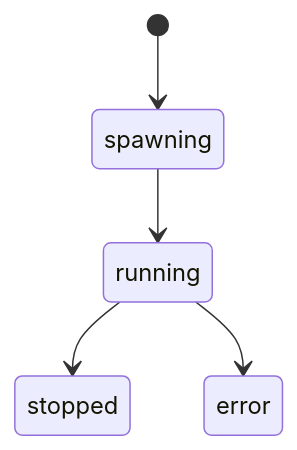
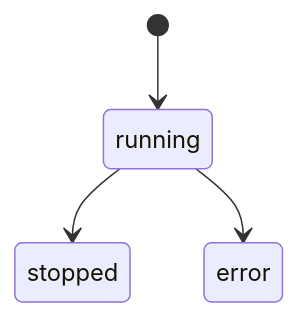
The diagram in website/docs/guide/concepts.md (johnloveworld2022-ops/mecha.im), drawn with Mermaid before and after one commit. The commit also changed other lines of this file and 14 other files, not shown here.

````diff
--- a/website/docs/guide/concepts.md
+++ b/website/docs/guide/concepts.md
@@ -121,7 +121,6 @@
 ```mermaid
 stateDiagram-v2
-  [*] --> spawning
-  spawning --> running
+  [*] --> running
   running --> stopped
   running --> error
 ```
````
